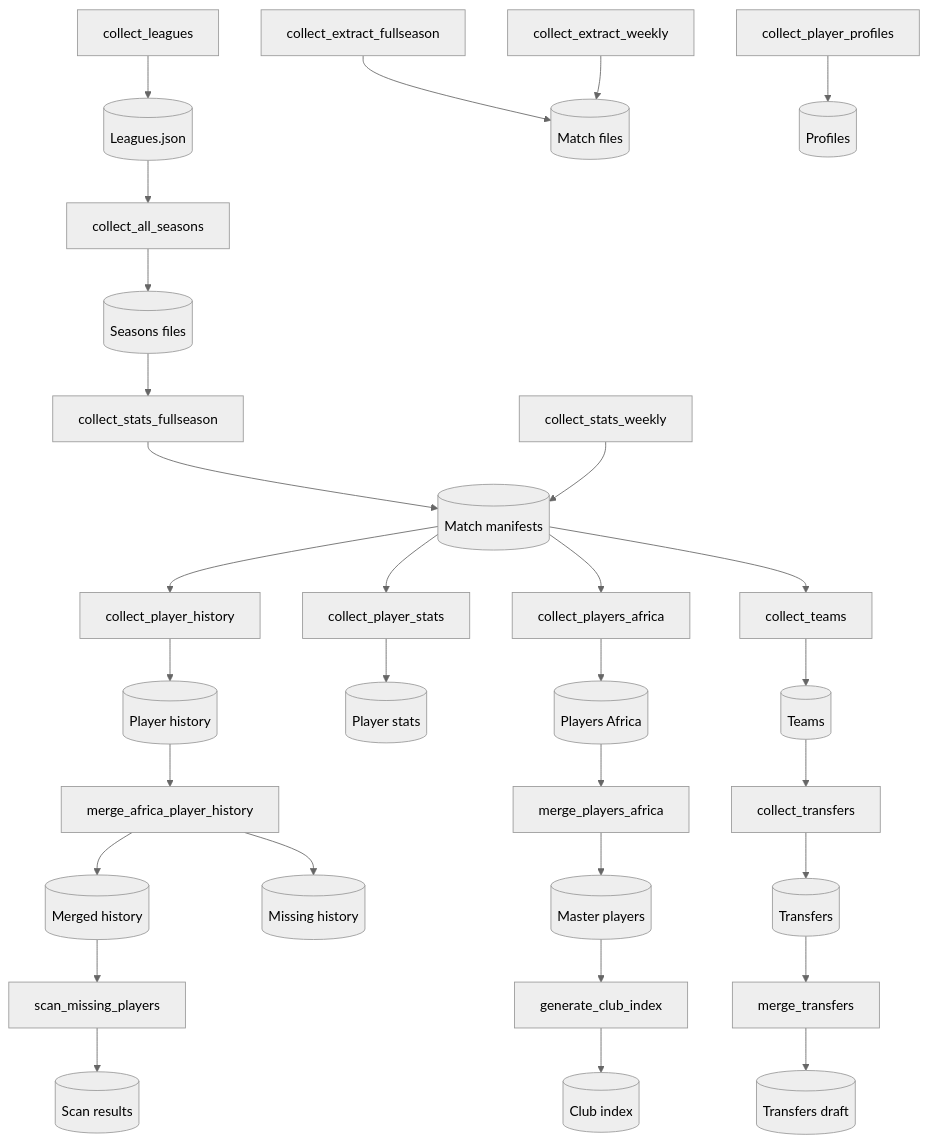
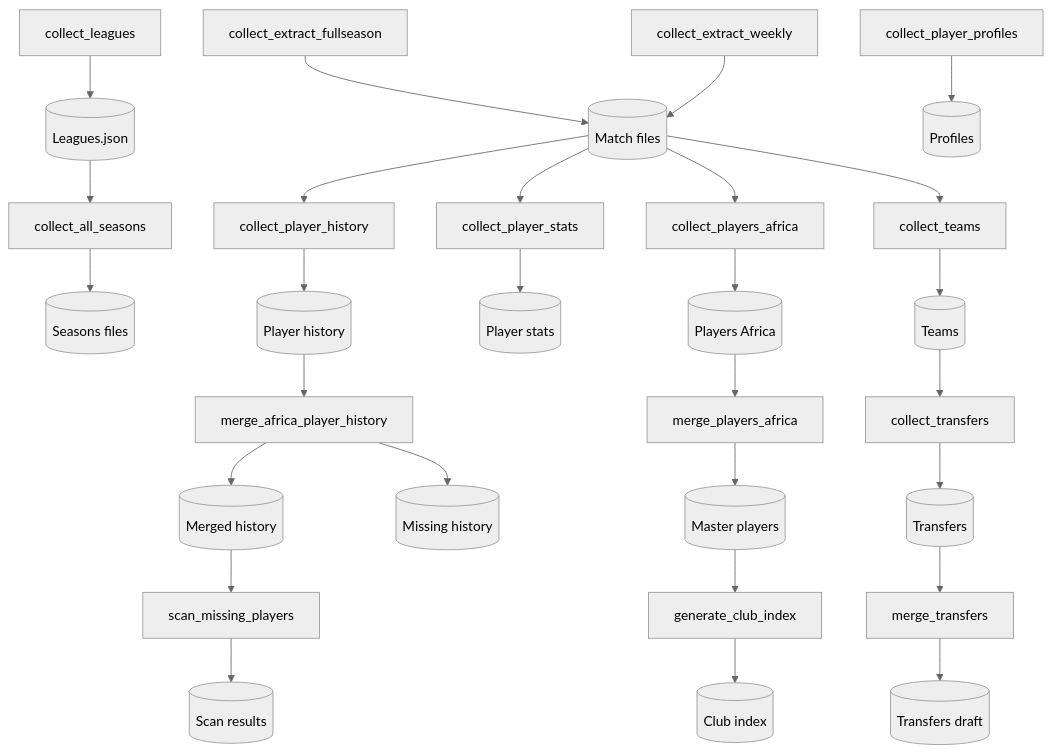
The diagram in doc/dataflow.mmd (African-Football-Pulse/afp-v2), drawn with Mermaid (neutral theme) before and after one commit.

Commit message:
Refactor dataflow diagram for clarity and structure

```diff
--- a/doc/dataflow.mmd
+++ b/doc/dataflow.mmd
@@ -1,57 +1,57 @@
 flowchart TD
 
   %% Data objects
-  D1[(Leagues.json)]
-  D2[(Seasons files)]
-  D3[(Match manifests)]
-  D4[(Match files)]
-  D5[(Player history)]
-  D6[(Player stats)]
-  D7[(Players Africa)]
-  D8[(Teams)]
-  D9[(Transfers)]
-  D10[(Master players)]
-  D11[(Merged history)]
-  D12[(Transfers draft)]
-  D13[(Club index)]
-  D14[(Missing history)]
-  D15[(Scan results)]
-  P1[(Profiles)]
+  L[(Leagues.json)]
+  S[(Seasons files)]
+  M[(Match files)]
+  H[(Player history)]
+  PS[(Player stats)]
+  PA[(Players Africa)]
+  T[(Teams)]
+  TR[(Transfers)]
+  P[(Profiles)]
+  MASTER[(Master players)]
+  MH[(Merged history)]
+  DRAFT[(Transfers draft)]
+  CI[(Club index)]
+  MISS[(Missing history)]
+  SCAN[(Scan results)]
 
   %% Collect
-  CL[collect_leagues] --> D1
-  CS[collect_all_seasons] --> D2
-  CF[collect_stats_fullseason] --> D3
-  CW[collect_stats_weekly] --> D3
-  CE1[collect_extract_fullseason] --> D4
-  CE2[collect_extract_weekly] --> D4
-  CH[collect_player_history] --> D5
-  CP[collect_player_stats] --> D6
-  CA[collect_players_africa] --> D7
-  CT[collect_teams] --> D8
-  CTR[collect_transfers] --> D9
-  CPROF[collect_player_profiles] --> P1
+  CL[collect_leagues] --> L
+  L --> CS[collect_all_seasons]
+  CS --> S
+
+  CE1[collect_extract_fullseason] --> M
+  CE2[collect_extract_weekly] --> M
+
+  M --> CH[collect_player_history]
+  M --> CP[collect_player_stats]
+  M --> CA[collect_players_africa]
+  M --> CT[collect_teams]
+
+  CH --> H
+  CP --> PS
+  CA --> PA
+  CT --> T
+
+  CTR[collect_transfers] --> TR
+  CPROF[collect_player_profiles] --> P
 
   %% Merge
-  M1[merge_players_africa] --> D10
-  M2[merge_africa_player_history] --> D11
-  M2 --> D14
-  M3[merge_transfers] --> D12
-  M4[generate_club_index] --> D13
+  M1[merge_players_africa] --> MASTER
+  M2[merge_africa_player_history] --> MH
+  M2 --> MISS
+  M3[merge_transfers] --> DRAFT
+  M4[generate_club_index] --> CI
 
   %% Scan
-  S1[scan_missing_players] --> D15
+  S1[scan_missing_players] --> SCAN
 
   %% Connections
-  D1 --> CS
-  D2 --> CF
-  D3 --> CH
-  D3 --> CP
-  D3 --> CA
-  D3 --> CT
-  D8 --> CTR
-  D5 --> M2
-  D7 --> M1
-  D9 --> M3
-  D10 --> M4
-  D11 --> S1
+  H --> M2
+  PA --> M1
+  T --> CTR
+  TR --> M3
+  MASTER --> M4
+  MH --> S1
```
